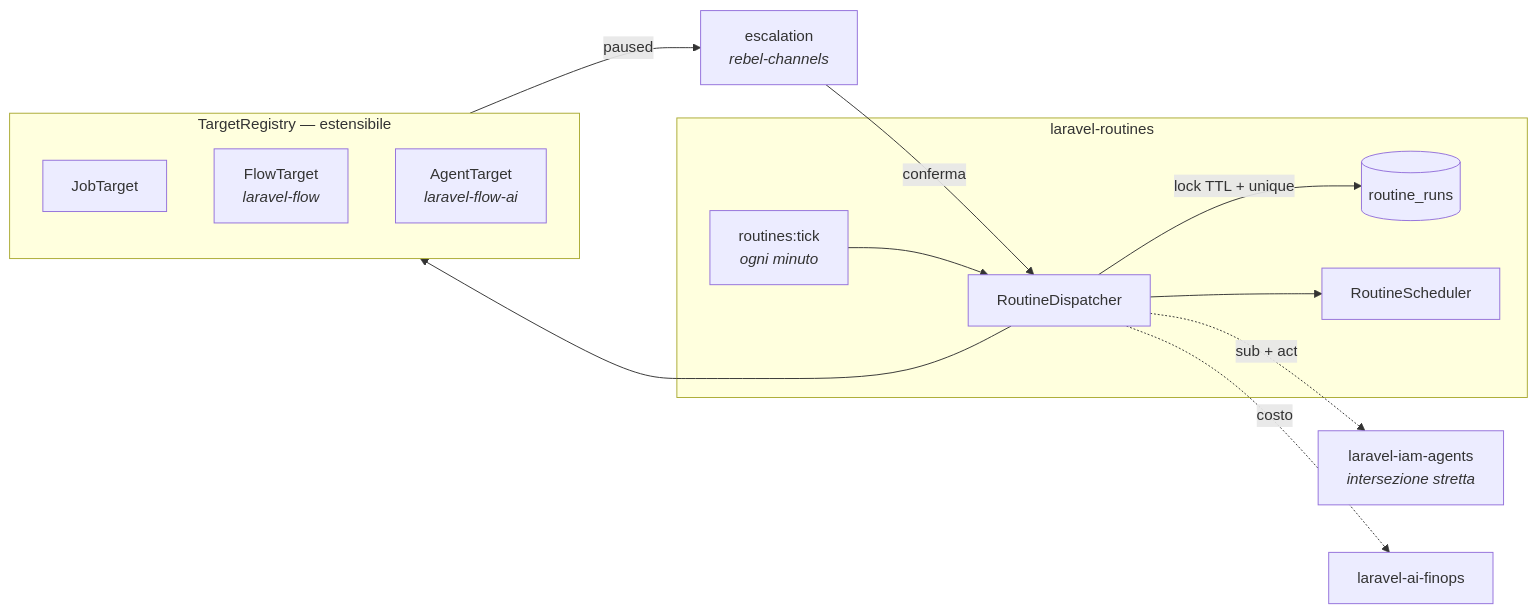
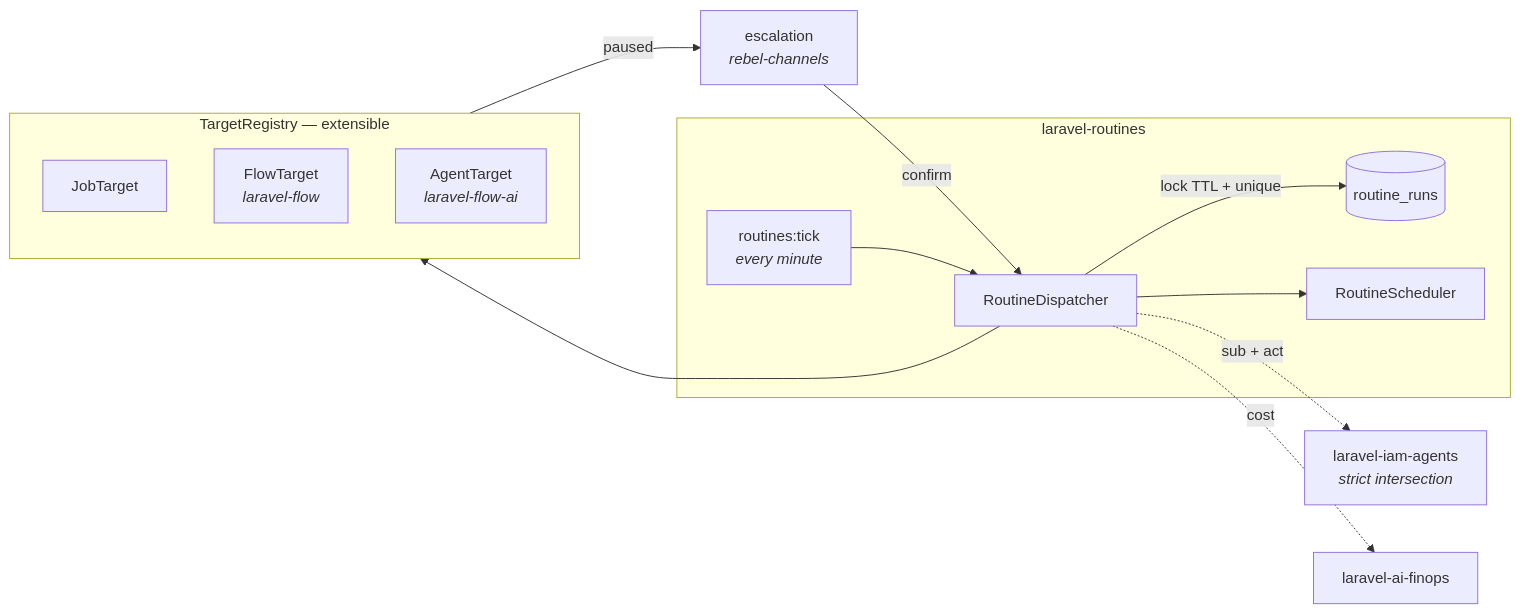
One commit to padosoft/laravel-routines changed the diagram in README.md. Above: the diagram before and after it, drawn with Mermaid. The commit also changed other lines of this file and 1 other file, not shown here.

````diff
--- a/README.md
+++ b/README.md
@@ -348,18 +348,18 @@
 ```mermaid
 flowchart LR
     subgraph core["laravel-routines"]
-        T["routines:tick<br/><i>ogni minuto</i>"] --> D[RoutineDispatcher]
+        T["routines:tick<br/><i>every minute</i>"] --> D[RoutineDispatcher]
         D -->|"lock TTL + unique"| L[(routine_runs)]
         D --> S[RoutineScheduler]
     end
-    subgraph reg["TargetRegistry — estensibile"]
+    subgraph reg["TargetRegistry — extensible"]
         J[JobTarget]
         F["FlowTarget<br/><i>laravel-flow</i>"]
         A["AgentTarget<br/><i>laravel-flow-ai</i>"]
     end
     D --> reg
     reg -->|paused| E["escalation<br/><i>rebel-channels</i>"]
-    E -->|conferma| D
-    D -.->|"sub + act"| I["laravel-iam-agents<br/><i>intersezione stretta</i>"]
-    D -.->|costo| FO[laravel-ai-finops]
+    E -->|confirm| D
+    D -.->|"sub + act"| I["laravel-iam-agents<br/><i>strict intersection</i>"]
+    D -.->|cost| FO[laravel-ai-finops]
 ```
````
